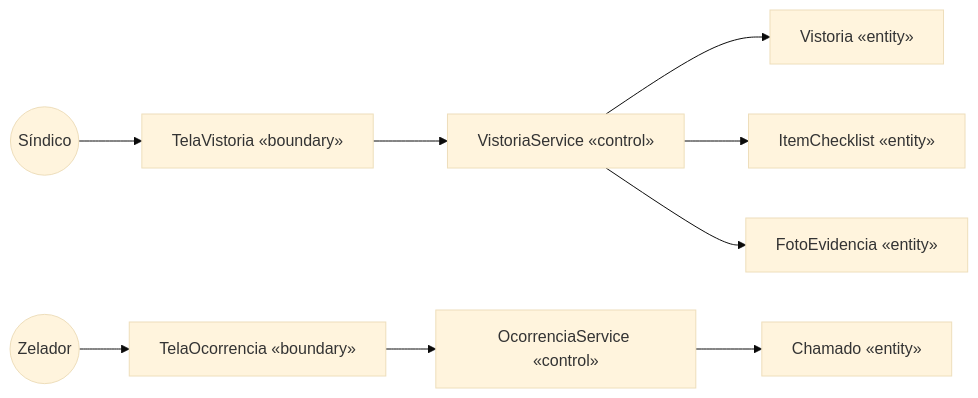
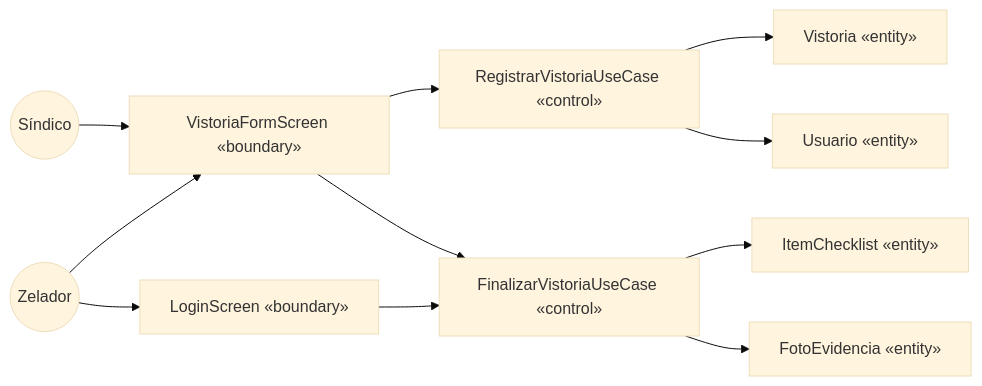
One commit to JpCobraC/SindiFlow changed the sixth of 9 diagrams in docs/documento-software.md. Above: the diagram before and after it, drawn with Mermaid (base theme). The commit also changed other lines of this file and 5 other files, not shown here.

````diff
--- a/docs/documento-software.md
+++ b/docs/documento-software.md
@@ -337,22 +577,24 @@
 ```mermaid
 flowchart LR
     Ator((Síndico))
     Ator2((Zelador))
-    B[TelaVistoria «boundary»]
-    B2[TelaOcorrencia «boundary»]
-    C[VistoriaService «control»]
-    C2[OcorrenciaService «control»]
+    B[VistoriaFormScreen «boundary»]
+    B2[LoginScreen «boundary»]
+    C[RegistrarVistoriaUseCase «control»]
+    C2[FinalizarVistoriaUseCase «control»]
     E1[Vistoria «entity»]
-    E2[Chamado «entity»]
-    E3[ItemChecklist «entity»]
-    E4[FotoEvidencia «entity»]
+    E2[ItemChecklist «entity»]
+    E3[FotoEvidencia «entity»]
+    E4[Usuario «entity»]
 
     Ator --> B
+    Ator2 --> B
     Ator2 --> B2
     B --> C
+    B --> C2
     B2 --> C2
     C --> E1
+    C --> E4
     C2 --> E2
-    C --> E3
-    C --> E4
+    C2 --> E3
 ```
````
